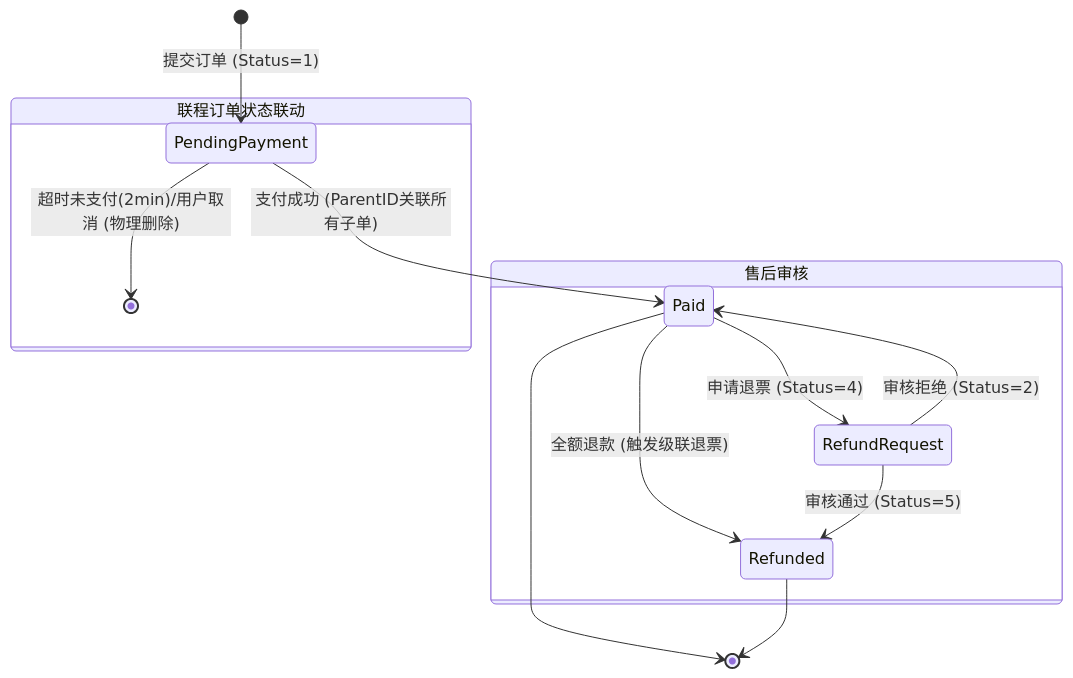
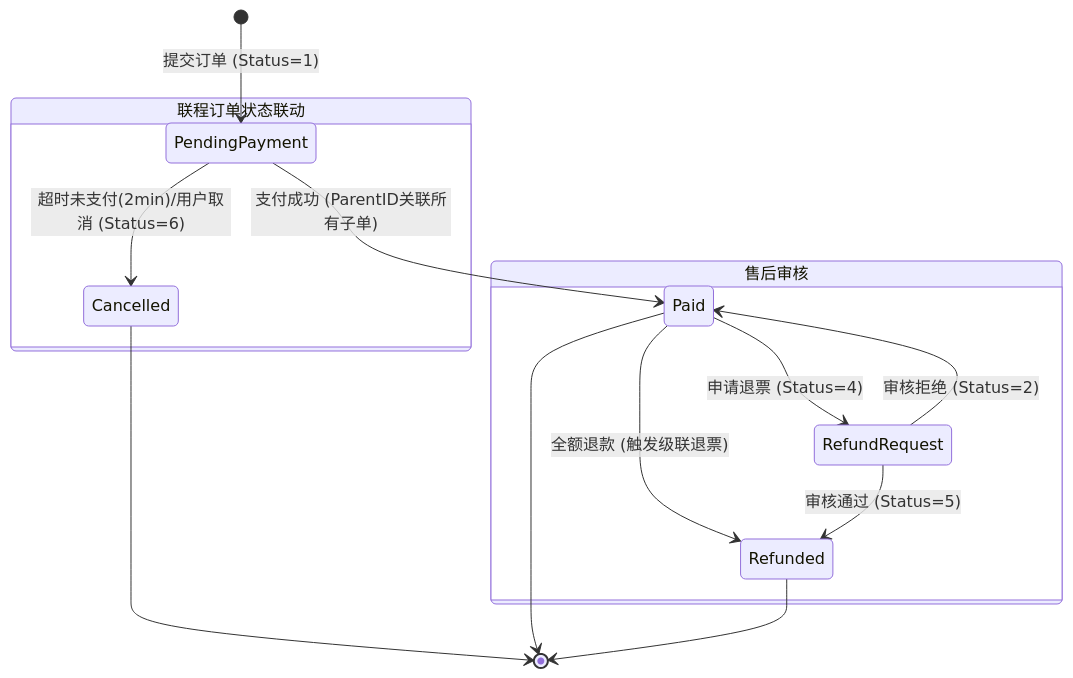
One commit to ZJUT-CS/Distributed-Database changed the second of 2 diagrams in skylink-backend/README.md. Above: the diagram before and after it, drawn with Mermaid. The commit also changed other lines of this file and 1 other file, not shown here.

````diff
--- a/skylink-backend/README.md
+++ b/skylink-backend/README.md
@@ -101,19 +101,20 @@
 ```mermaid
 stateDiagram-v2
     [*] --> PendingPayment: 提交订单 (Status=1)
     
     state "联程订单状态联动" as Link {
         PendingPayment --> Paid: 支付成功 (ParentID关联所有子单)
-        PendingPayment --> [*]: 超时未支付(2min)/用户取消 (物理删除)
+        PendingPayment --> Cancelled: 超时未支付(2min)/用户取消 (Status=6)
         Paid --> Refunded: 全额退款 (触发级联退票)
     }
     
     state "售后审核" as Audit {
         Paid --> RefundRequest: 申请退票 (Status=4)
         RefundRequest --> Refunded: 审核通过 (Status=5)
         RefundRequest --> Paid: 审核拒绝 (Status=2)
     }
 
+    Cancelled --> [*]
     Paid --> [*]
     Refunded --> [*]
 ```
````
